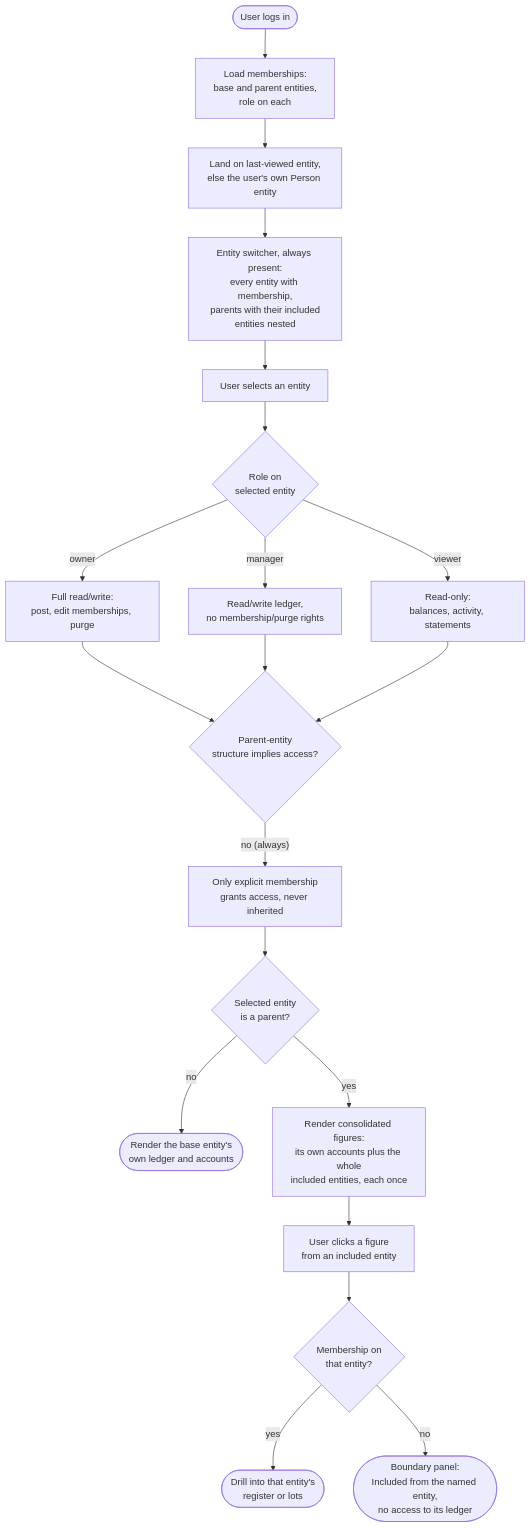
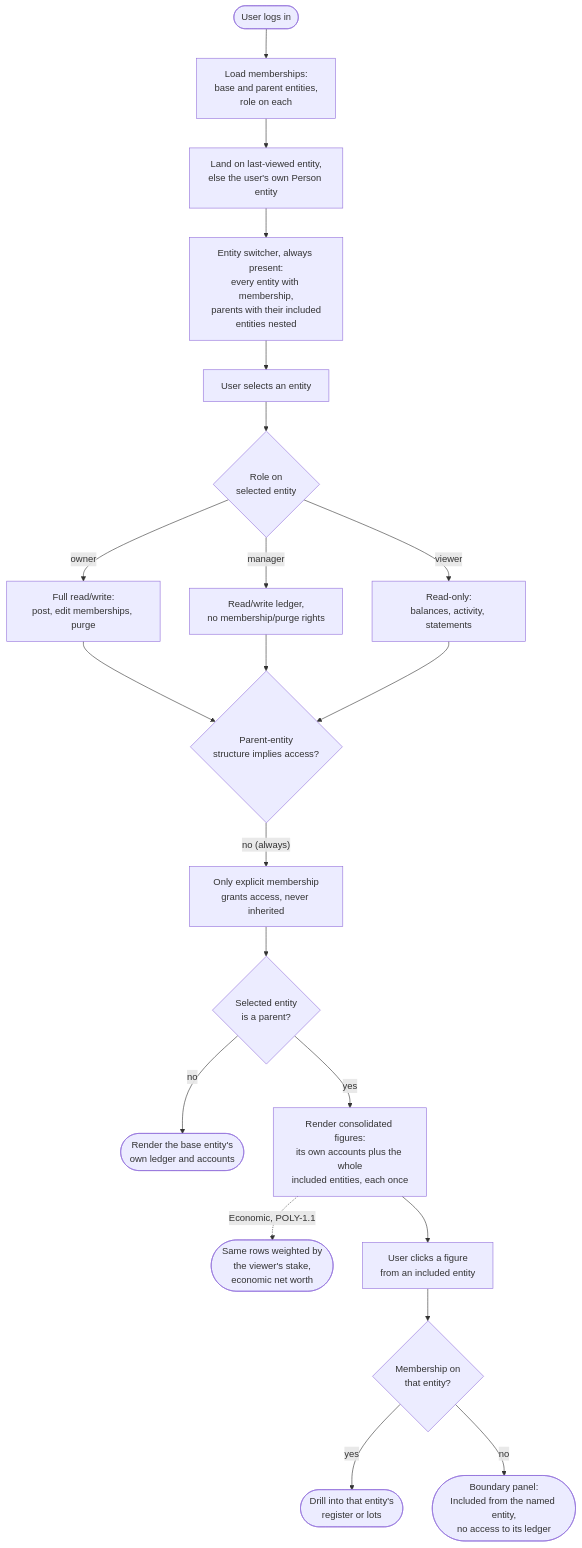
Before and after one commit to richmosko/polycarpic: the diagram in docs/DESIGN/flows/entity-membership-flow.md, drawn with Mermaid. The commit also changed other lines of this file and 15 other files, not shown here.

````diff
--- a/docs/DESIGN/flows/entity-membership-flow.md
+++ b/docs/DESIGN/flows/entity-membership-flow.md
@@ -5,22 +5,23 @@
 ```mermaid
 flowchart TD
   login([User logs in]) --> memberships[Load memberships:\nbase and parent entities,\nrole on each]
   memberships --> land[Land on last-viewed entity,\nelse the user's own Person entity]
   land --> switcher[Entity switcher, always present:\nevery entity with membership,\nparents with their included\nentities nested]
   switcher --> select[User selects an entity]
   select --> roleCheck{Role on\nselected entity}
   roleCheck -- owner --> ownerView[Full read/write:\npost, edit memberships, purge]
   roleCheck -- manager --> managerView[Read/write ledger,\nno membership/purge rights]
   roleCheck -- viewer --> viewerView[Read-only:\nbalances, activity, statements]
   ownerView --> guard{Parent-entity\nstructure implies access?}
   managerView --> guard
   viewerView --> guard
   guard -- "no (always)" --> explicit[Only explicit membership\ngrants access, never inherited]
   explicit --> kind{Selected entity\nis a parent?}
   kind -- no --> baseView([Render the base entity's\nown ledger and accounts])
   kind -- yes --> consolidated[Render consolidated figures:\nits own accounts plus the whole\nincluded entities, each once]
+  consolidated -. "Economic, POLY-1.1" .-> econ([Same rows weighted by\nthe viewer's stake,\neconomic net worth])
   consolidated --> drill[User clicks a figure\nfrom an included entity]
   drill --> boundary{Membership on\nthat entity?}
   boundary -- yes --> into([Drill into that entity's\nregister or lots])
   boundary -- no --> stop([Boundary panel:\nIncluded from the named entity,\nno access to its ledger])
 ```
````
